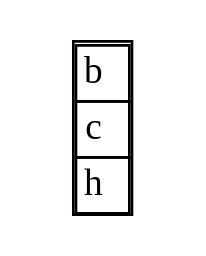
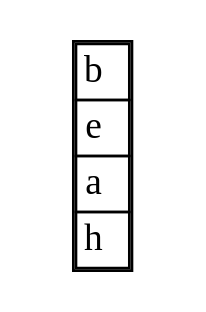
Before and after one commit to oscarc99/EDD_DIC_2019_PY2_201709140-: the diagram in build/classes/Imagenes/Cola3.dot, drawn with Graphviz. The commit also changed 170 other files, not shown here.

```diff
--- a/build/classes/Imagenes/Cola3.dot
+++ b/build/classes/Imagenes/Cola3.dot
@@ -1,10 +1,12 @@
 digraph G { 
   node [shape = name]; 
   2[label=  <<table border= "1 " cellspacing= " 0 "><tr> 
 <td> b</td> </tr> 
 <tr> 
-<td> c</td> </tr> 
+<td> e</td> </tr> 
+<tr> 
+<td> a</td> </tr> 
 <tr> 
 <td> h</td> </tr> 
 </table>>  shape = none ]; 
  }
```
